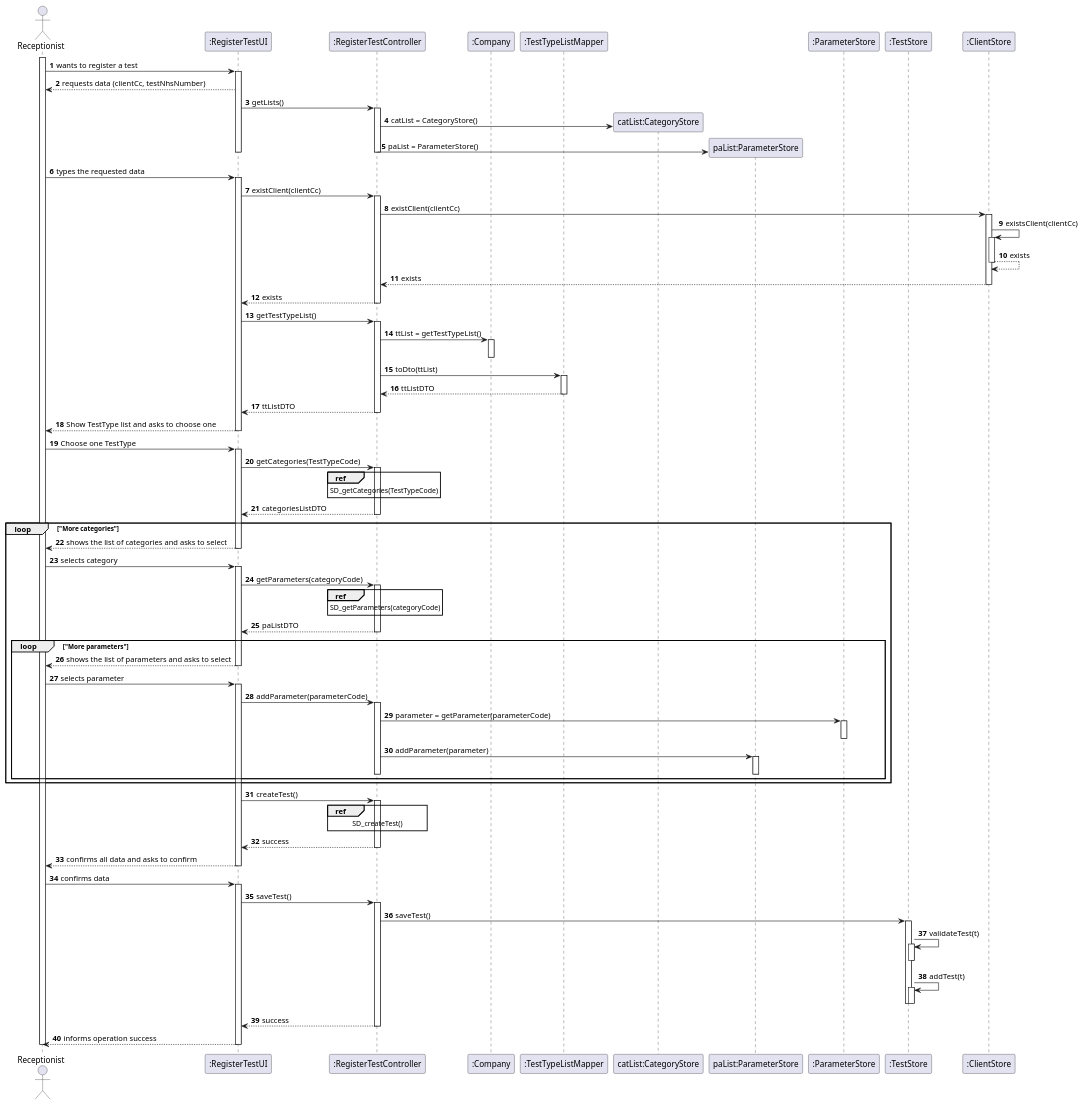
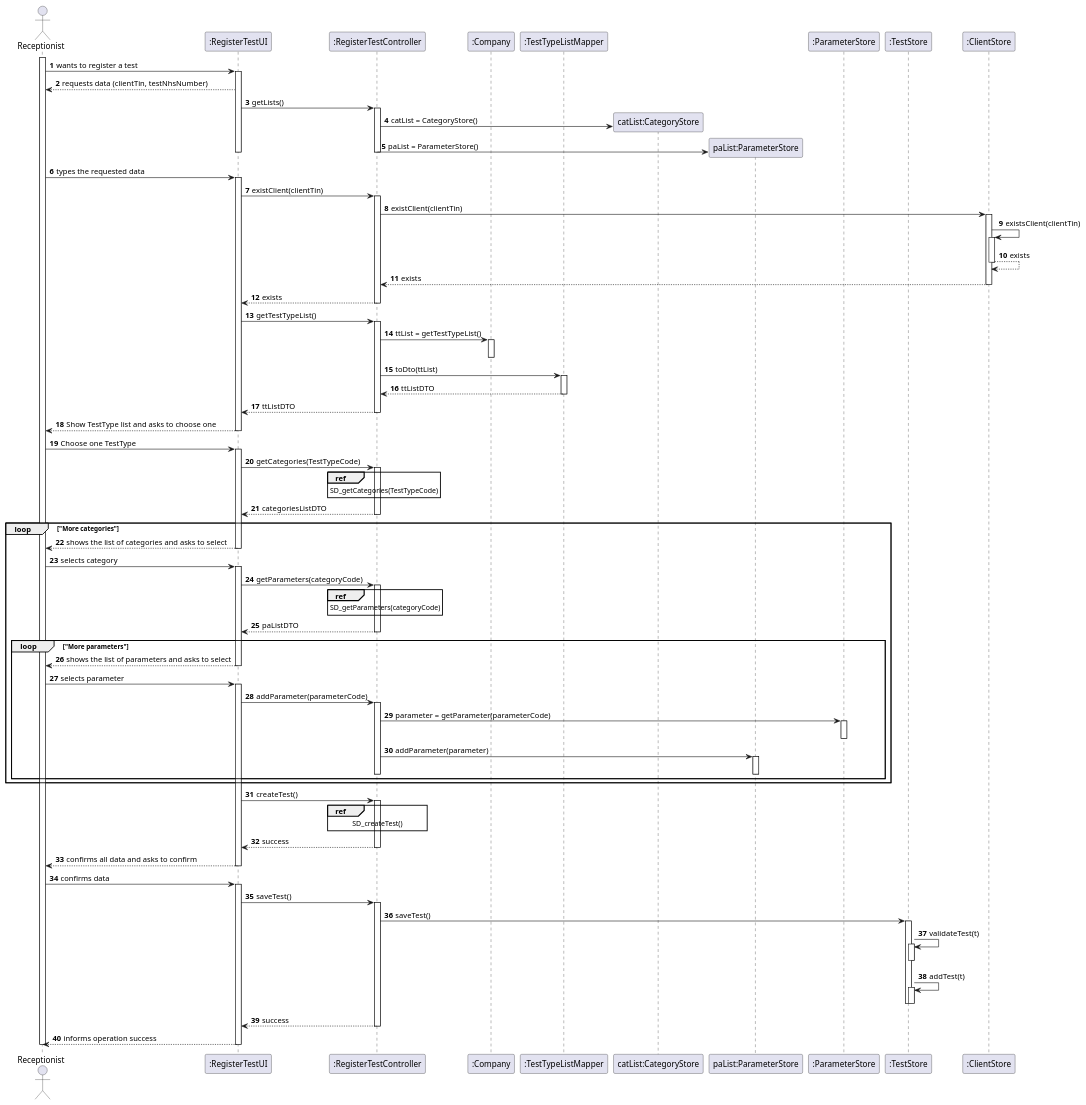
The diagram in docs/SprintC/US04/US4_SD.puml (MarianaCLages/LAPR2), drawn with PlantUML before and after one commit. The commit also changed 19 other files, not shown here.

```diff
--- a/docs/SprintC/US04/US4_SD.puml
+++ b/docs/SprintC/US04/US4_SD.puml
@@ -1,119 +1,119 @@
 @startuml
 
 autonumber
 
 actor Receptionist as R
 participant ":RegisterTestUI" as UI
 participant ":RegisterTestController" as ctrl
 participant ":Company" as comp
 participant ":TestTypeListMapper" as mapper
 participant "catList:CategoryStore" as catList
 participant "paList:ParameterStore" as paList
 participant ":ParameterStore" as paStore
 participant ":TestStore" as tStore
 participant ":ClientStore" as cStore
 
 
 
 activate R
 R -> UI: wants to register a test
 activate UI
-UI --> R: requests data (clientCc, testNhsNumber)
+UI --> R: requests data (clientTin, testNhsNumber)
 UI -> ctrl: getLists()
 activate ctrl
 ctrl -> catList**: catList = CategoryStore()
 ctrl -> paList**: paList = ParameterStore()
 deactivate
 deactivate UI
 R -> UI: types the requested data
 activate UI
-UI -> ctrl: existClient(clientCc)
+UI -> ctrl: existClient(clientTin)
 activate ctrl
-ctrl -> cStore: existClient(clientCc)
+ctrl -> cStore: existClient(clientTin)
 activate cStore
-cStore -> cStore: existsClient(clientCc)
+cStore -> cStore: existsClient(clientTin)
 activate cStore
 return exists
 return exists
 return exists
 deactivate cStore
 deactivate cStore
 
 UI -> ctrl: getTestTypeList()
 activate ctrl
 ctrl -> comp: ttList = getTestTypeList()
 activate comp
 deactivate
 ctrl -> mapper: toDto(ttList)
 activate mapper
 return ttListDTO
 return ttListDTO
 deactivate mapper
 deactivate ctrl
 
 deactivate ctrl
 UI --> R: Show TestType list and asks to choose one
 deactivate UI
 R -> UI: Choose one TestType
 activate UI
 UI -> ctrl: getCategories(TestTypeCode)
 activate ctrl
 ref over ctrl: SD_getCategories(TestTypeCode)
 return categoriesListDTO
 deactivate ctrl
 
 loop "More categories"
 UI --> R: shows the list of categories and asks to select
 deactivate UI
 R -> UI: selects category
 activate UI
 UI -> ctrl: getParameters(categoryCode)
 activate ctrl
 ref over ctrl: SD_getParameters(categoryCode)
 return paListDTO
 
 deactivate ctrl
 loop "More parameters"
 UI --> R: shows the list of parameters and asks to select
 deactivate UI
 R -> UI: selects parameter
 activate UI
 UI -> ctrl: addParameter(parameterCode)
 activate ctrl
 ctrl -> paStore: parameter = getParameter(parameterCode)
 activate paStore
 deactivate
 ctrl -> paList: addParameter(parameter)
 activate paList
 deactivate
 deactivate
 end
 end
 UI -> ctrl: createTest()
 activate ctrl
 ref over ctrl: SD_createTest()
 ctrl --> UI: success
 deactivate ctrl
 
 UI --> R: confirms all data and asks to confirm
 deactivate UI
 R -> UI: confirms data
 activate UI
 UI -> ctrl: saveTest()
 activate ctrl
 ctrl -> tStore: saveTest()
 activate tStore
 tStore -> tStore: validateTest(t)
 activate tStore
 deactivate
 tStore -> tStore: addTest(t)
 activate tStore
 deactivate
 deactivate
 return success
 
 deactivate ctrl
 UI --> R: informs operation success
 deactivate UI
 deactivate R
 @enduml
```
